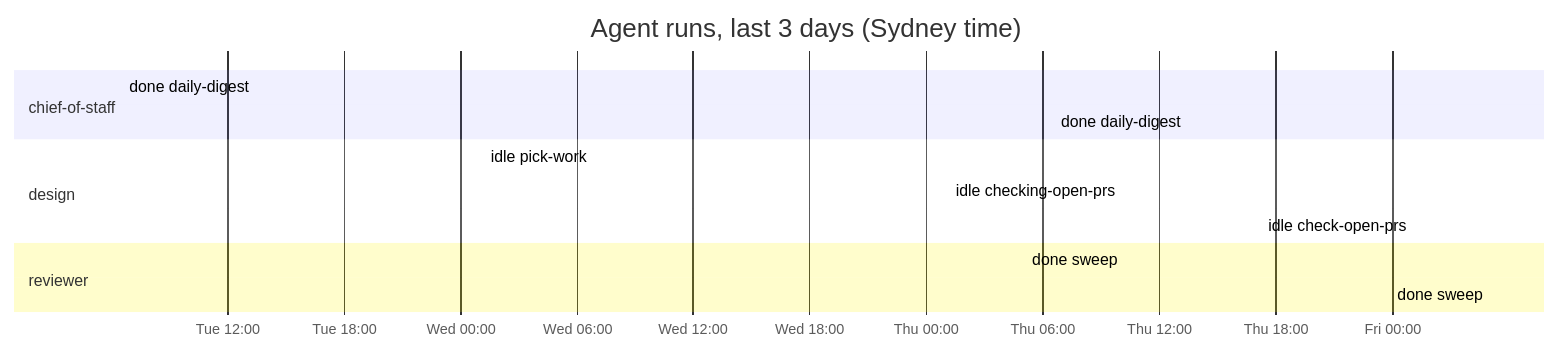
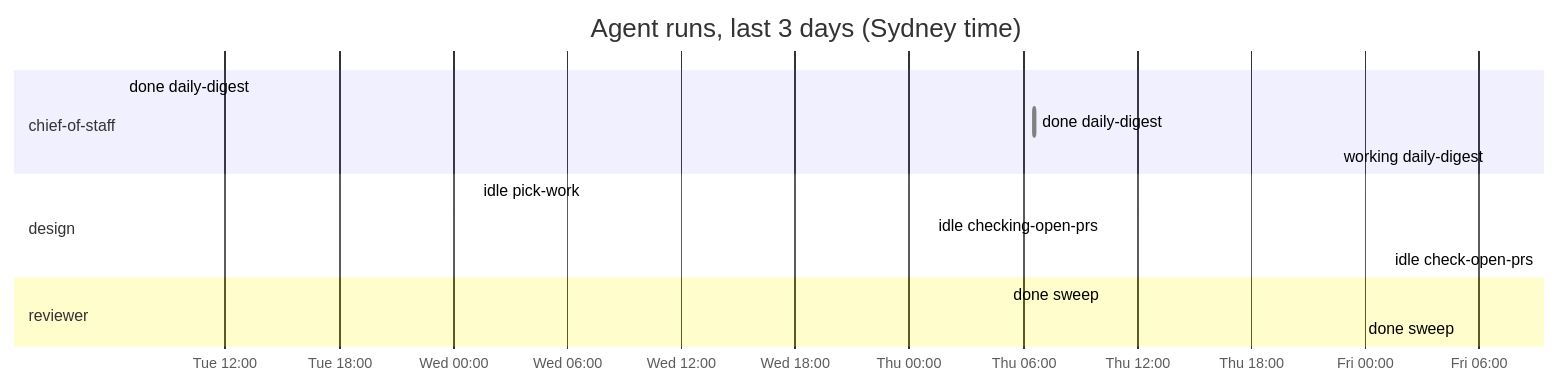
One commit to roulmediateam-byte/fifteen-expert-hq changed the diagram in dashboard.md. Above: the diagram before and after it, drawn with Mermaid. The commit also changed other lines of this file and 1 other file, not shown here.

````diff
--- a/dashboard.md
+++ b/dashboard.md
@@ -38,16 +38,17 @@
 ```mermaid
 gantt
     title Agent runs, last 3 days (Sydney time)
     dateFormat YYYY-MM-DD HH:mm
     axisFormat %a %H:%M
     section chief-of-staff
     done daily-digest :done, 2026-11-10 06:35, 2026-11-10 06:37
     done daily-digest :done, 2026-11-12 06:35, 2026-11-12 06:36
+    working daily-digest :active, 2026-11-13 06:34, 2026-11-13 06:35
     section design
     idle pick-work :done, 2026-11-11 01:12, 2026-11-11 01:12
     idle checking-open-prs :done, 2026-11-12 01:11, 2026-11-12 01:12
     idle check-open-prs :done, 2026-11-13 01:11, 2026-11-13 01:11
     section reviewer
     done sweep :done, 2026-11-12 05:05, 2026-11-12 05:06
     done sweep :done, 2026-11-13 05:05, 2026-11-13 05:05
 ```
````
